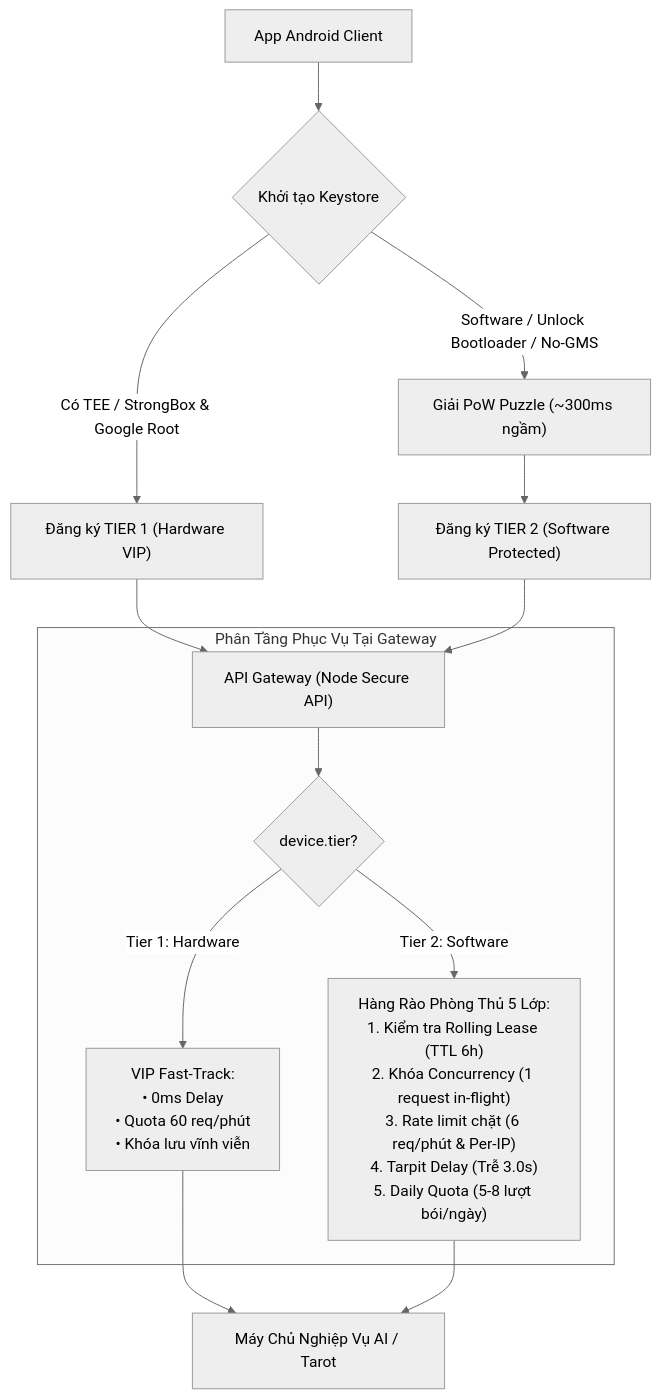
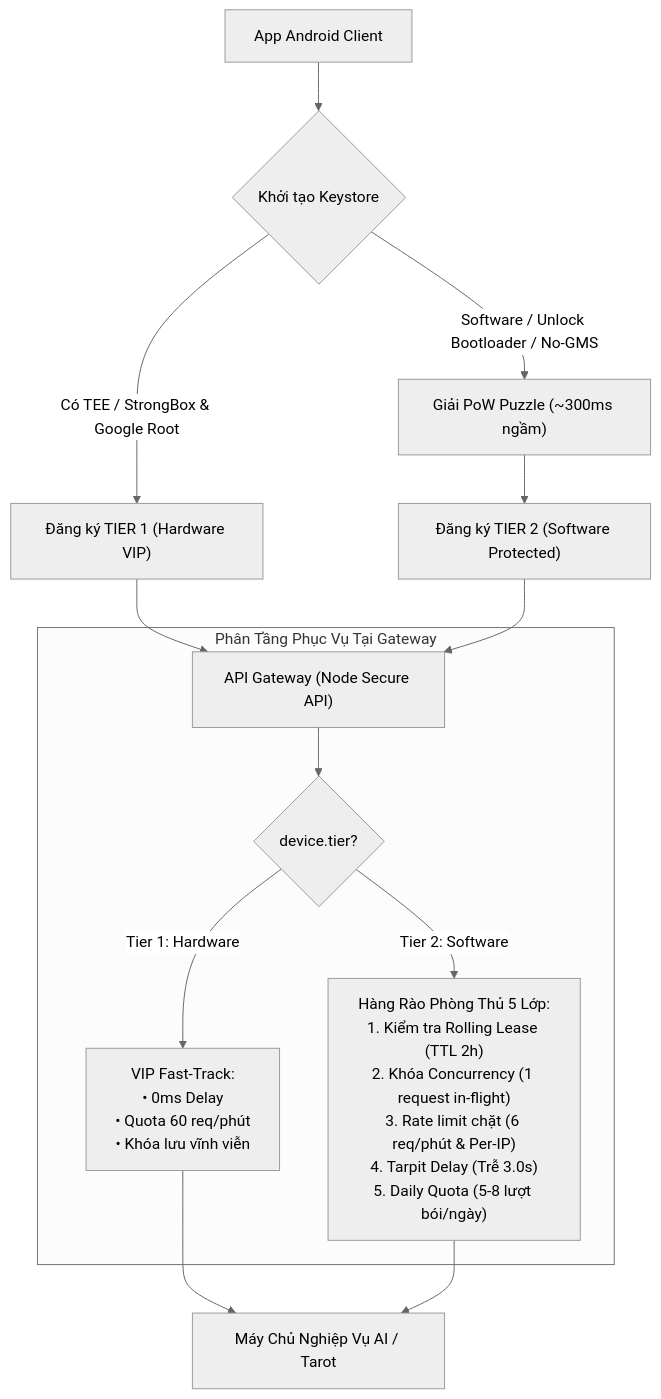
One commit to hungvvinfinity/Node-Secure-API changed the first of 2 diagrams in docs/ANDROID_COMPATIBILITY_PLAN.md. Above: the diagram before and after it, drawn with Mermaid (neutral theme). The commit also changed other lines of this file and 16 other files, not shown here.

First line of the commit message:
feat(backend): implement dual-tier android compatibility architecture

````diff
--- a/docs/ANDROID_COMPATIBILITY_PLAN.md
+++ b/docs/ANDROID_COMPATIBILITY_PLAN.md
@@ -31,22 +31,22 @@
 ```mermaid
 flowchart TD
     Client["App Android Client"] --> CheckEnv{"Khởi tạo Keystore"}
     
     CheckEnv -- "Có TEE / StrongBox & Google Root" --> RegTier1["Đăng ký TIER 1 (Hardware VIP)"]
     CheckEnv -- "Software / Unlock Bootloader / No-GMS" --> SolvePoW["Giải PoW Puzzle (~300ms ngầm)"]
     SolvePoW --> RegTier2["Đăng ký TIER 2 (Software Protected)"]
     
     RegTier1 --> API["API Gateway (Node Secure API)"]
     RegTier2 --> API
     
     subgraph ServerProcessing["Phân Tầng Phục Vụ Tại Gateway"]
         API --> TierBranch{"device.tier?"}
         
         TierBranch -- "Tier 1: Hardware" --> T1Flow["VIP Fast-Track:\n• 0ms Delay\n• Quota 60 req/phút\n• Khóa lưu vĩnh viễn"]
         
-        TierBranch -- "Tier 2: Software" --> T2Flow["Hàng Rào Phòng Thủ 5 Lớp:\n1. Kiểm tra Rolling Lease (TTL 6h)\n2. Khóa Concurrency (1 request in-flight)\n3. Rate limit chặt (6 req/phút & Per-IP)\n4. Tarpit Delay (Trễ 3.0s)\n5. Daily Quota (5-8 lượt bói/ngày)"]
+        TierBranch -- "Tier 2: Software" --> T2Flow["Hàng Rào Phòng Thủ 5 Lớp:\n1. Kiểm tra Rolling Lease (TTL 2h)\n2. Khóa Concurrency (1 request in-flight)\n3. Rate limit chặt (6 req/phút & Per-IP)\n4. Tarpit Delay (Trễ 3.0s)\n5. Daily Quota (5-8 lượt bói/ngày)"]
     end
     
     T1Flow --> CoreAI["Máy Chủ Nghiệp Vụ AI / Tarot"]
     T2Flow --> CoreAI
 ```
````
